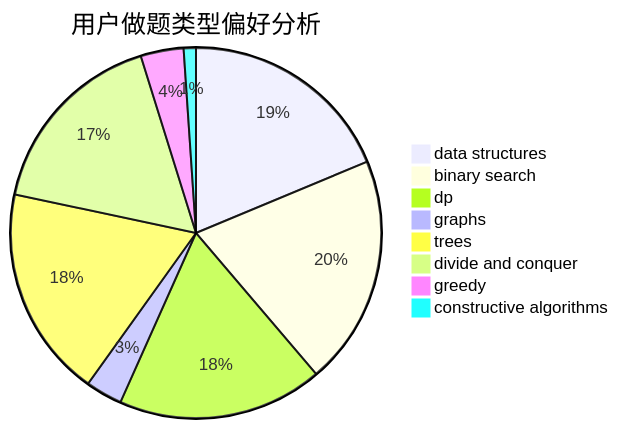
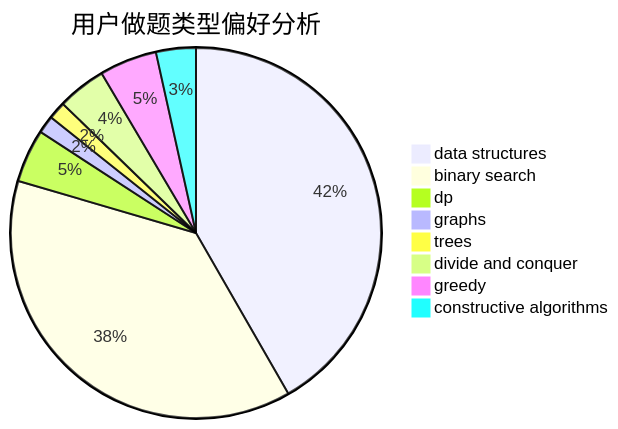
Before and after one commit to sherpahu/cfrs.github.io: the second of 3 diagrams in docs/user/u174.md, drawn with Mermaid. The commit also changed other lines of this file and 2770 other files, not shown here.

````diff
--- a/docs/user/u174.md
+++ b/docs/user/u174.md
@@ -23,11 +23,11 @@
 ```mermaid
 pie title 用户做题类型偏好分析
-    "data structures" :  70
-    "binary search" :  75
-    "dp" :  67
-    "graphs" :  12
-    "trees" :  69
-    "divide and conquer" :  63
-    "greedy" :  14
-    "constructive algorithms" :  4
+    "data structures" :  108
+    "binary search" :  98
+    "dp" :  12
+    "graphs" :  4
+    "trees" :  4
+    "divide and conquer" :  11
+    "greedy" :  13
+    "constructive algorithms" :  9
 ```
````
